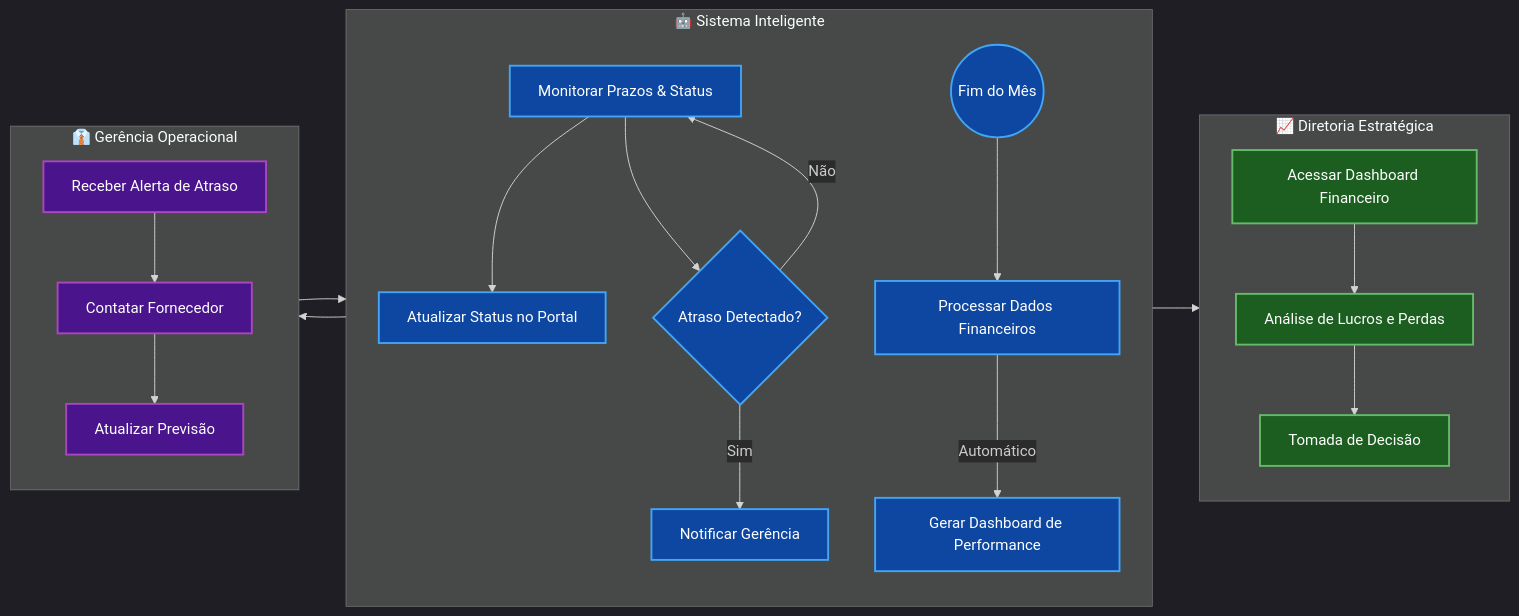
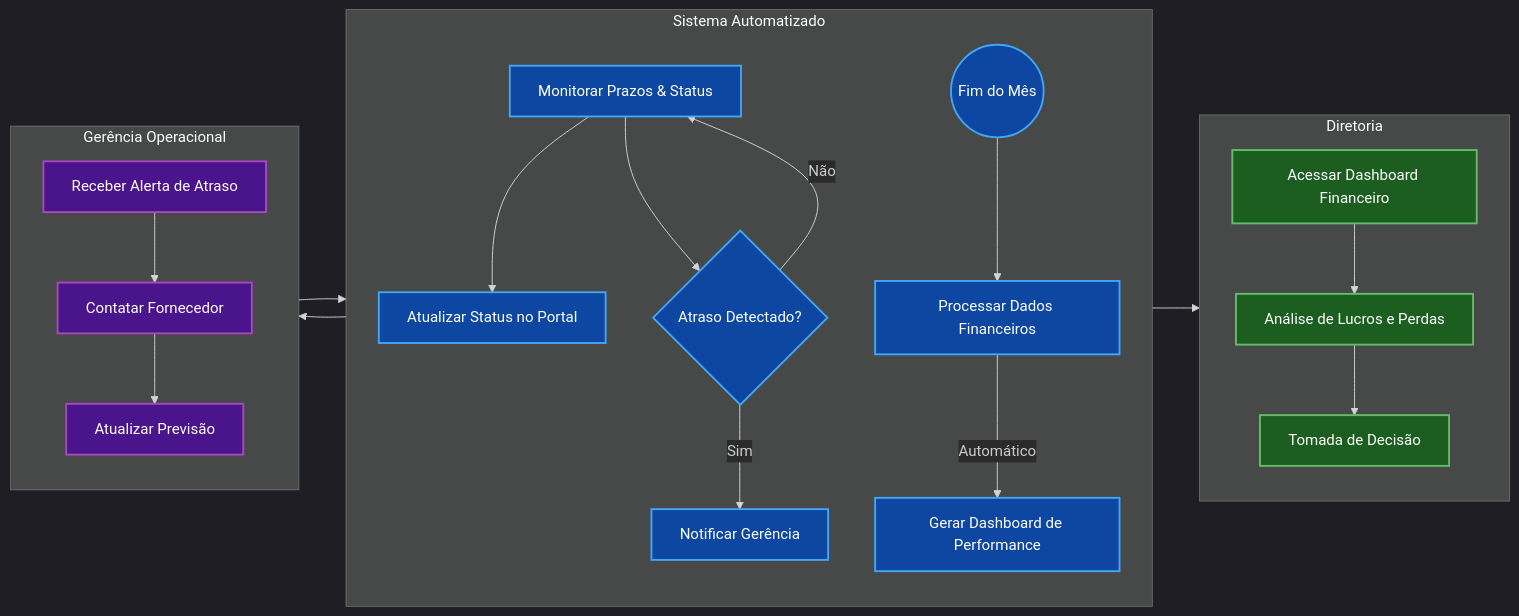
One commit to PhelHilha/EEL873---Engenharia-de-Software changed the diagram in BPMN/Relatório - Livraria Resolve.mmd. Above: the diagram before and after it, drawn with Mermaid.

Commit message:
Update swimlane names in BPMN report

```diff
--- a/BPMN/Relatório - Livraria Resolve.mmd
+++ b/BPMN/Relatório - Livraria Resolve.mmd
@@ -1,56 +1,56 @@
 %%{init: {'theme': 'dark', 'themeVariables': { 'primaryColor': '#2b2b2b', 'edgeLabelBackground':'#2b2b2b', 'tertiaryColor': '#1f1f1f'}}}%%
 graph LR
     %% Definição das Raias (Swimlanes)
-    subgraph Sistema_Lane [🤖 Sistema Inteligente]
+    subgraph Sistema_Lane [Sistema Automatizado]
         direction TB
         A[Monitorar Prazos & Status]
         B{Atraso Detectado?}
         C[Notificar Gerência]
         D((Fim do Mês))
         E[Processar Dados Financeiros]
         F[Gerar Dashboard de Performance]
         G[Atualizar Status no Portal]
     end
 
-    subgraph Gerencia_Lane [👔 Gerência Operacional]
+    subgraph Gerencia_Lane [Gerência Operacional]
         direction TB
         H[Receber Alerta de Atraso]
         I[Contatar Fornecedor]
         J[Atualizar Previsão]
     end
 
-    subgraph Diretoria_Lane [📈 Diretoria Estratégica]
+    subgraph Diretoria_Lane [Diretoria]
         direction TB
         K[Acessar Dashboard Financeiro]
         L[Análise de Lucros e Perdas]
         M[Tomada de Decisão]
     end
 
     %% FLUXO OPERACIONAL (Status e Atrasos)
     A --> G
     A --> B
     B -- Não --> A
     B -- Sim --> C
     C --> H
     H --> I
     I --> J
     J --> G
     
     %% FLUXO FINANCEIRO (Relatórios)
     D --> E
     E -->|Automático| F
     F --> K
     K --> L
     L --> M
     
     %% ESTILIZAÇÃO DARK MODE
     %% Sistema: Azul Profundo
     classDef system fill:#0d47a1,stroke:#42a5f5,stroke-width:2px,color:#fff;
     %% Gerência: Roxo Escuro
     classDef manager fill:#4a148c,stroke:#ab47bc,stroke-width:2px,color:#fff;
     %% Diretoria: Verde Escuro (Foco em dinheiro/meta)
     classDef director fill:#1b5e20,stroke:#66bb6a,stroke-width:2px,color:#fff;
     
     class A,B,C,D,E,F,G system;
     class H,I,J manager;
     class K,L,M director;
```
